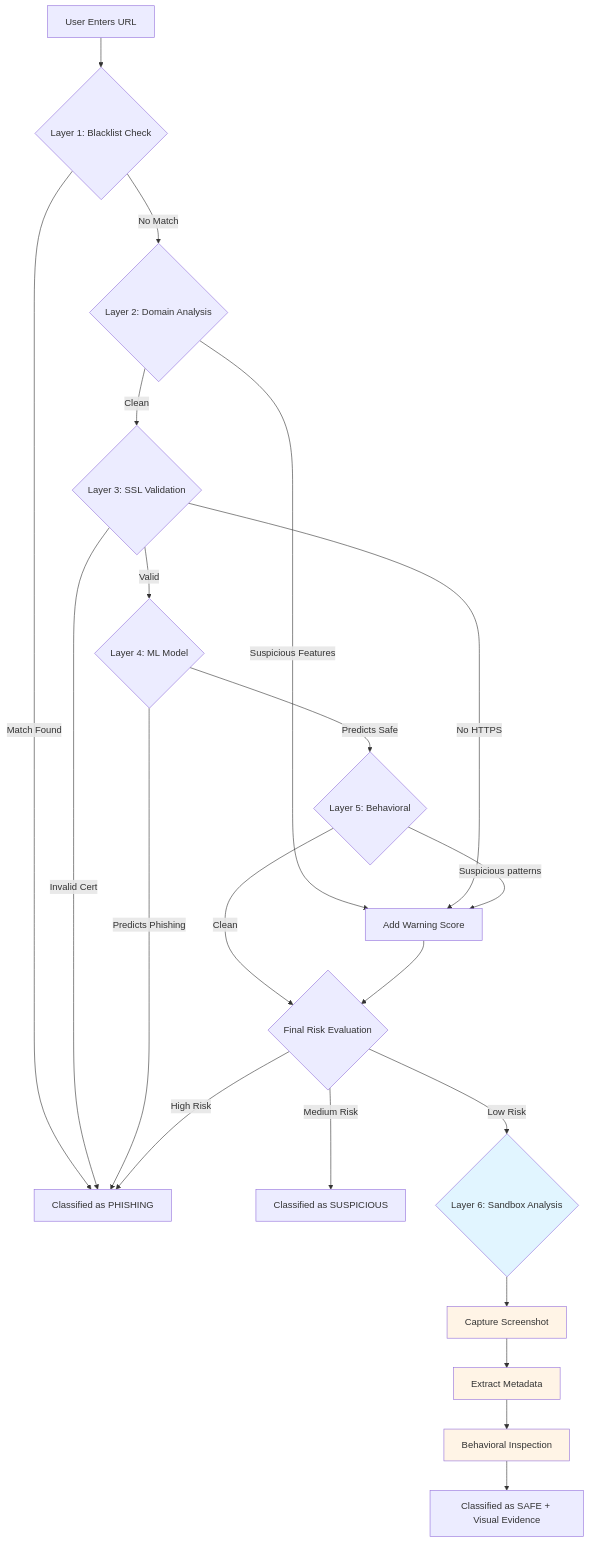
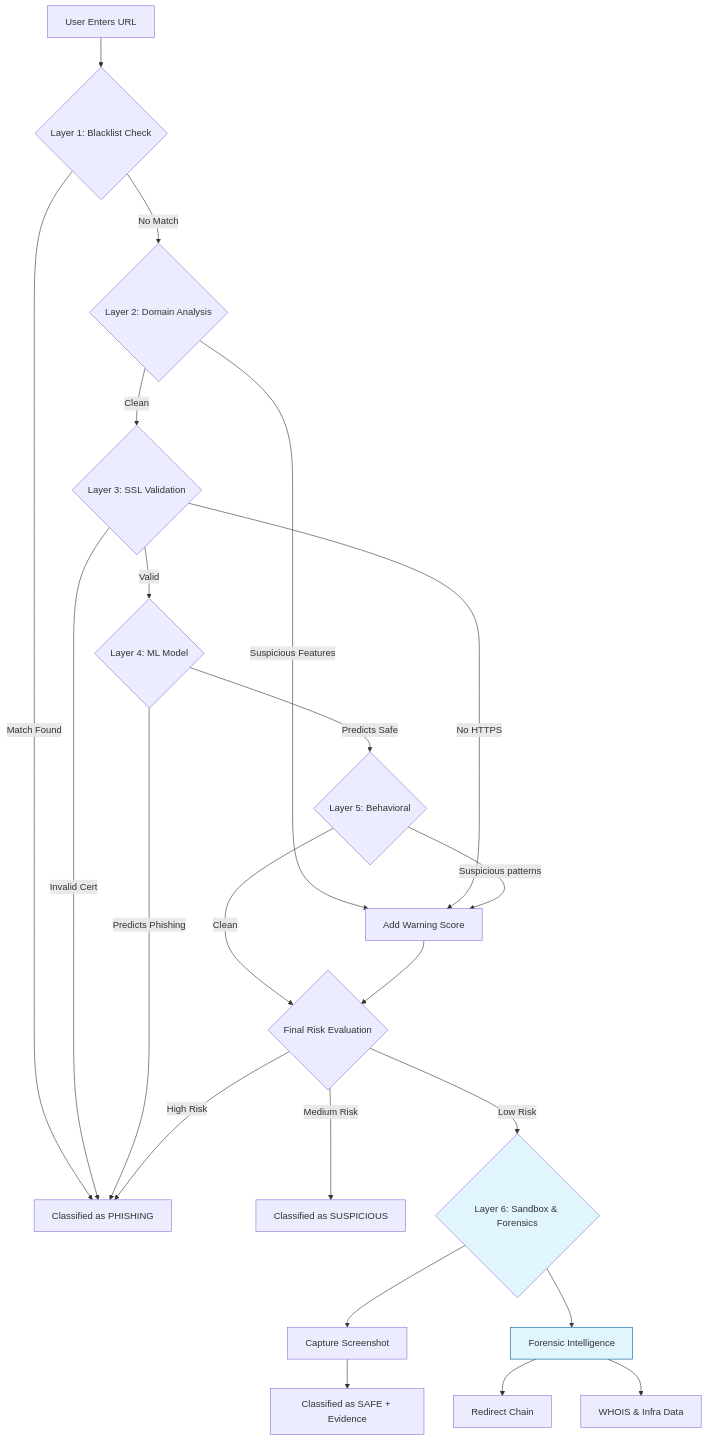
Before and after one commit to Vaibhav01-bit/PhishDetector: the diagram in README.md, drawn with Mermaid. The commit also changed other lines of this file, not shown here.

````diff
--- a/README.md
+++ b/README.md
@@ -10,34 +21,33 @@
 ```mermaid
 graph TD
     Input[User Enters URL] --> L1{Layer 1: Blacklist Check}
     L1 -- Match Found --> Phishing[Classified as PHISHING]
     L1 -- No Match --> L2{Layer 2: Domain Analysis}
     L2 -- Suspicious Features --> Warning[Add Warning Score]
     L2 -- Clean --> L3{Layer 3: SSL Validation}
     
     L3 -- Invalid Cert --> Phishing
     L3 -- No HTTPS --> Warning
     L3 -- Valid --> L4
     
     L4{Layer 4: ML Model}
     L4 -- Predicts Phishing --> Phishing
     L4 -- Predicts Safe --> L5{Layer 5: Behavioral}
     
     L5 -- Suspicious patterns --> Warning
     L5 -- Clean --> FinalEvaluator
     
     Warning --> FinalEvaluator{Final Risk Evaluation}
     FinalEvaluator -- High Risk --> Phishing
     FinalEvaluator -- Medium Risk --> Suspicious[Classified as SUSPICIOUS]
-    FinalEvaluator -- Low Risk --> L6{Layer 6: Sandbox Analysis}
+    FinalEvaluator -- Low Risk --> L6{Layer 6: Sandbox & Forensics}
     
     L6 --> Screenshot[Capture Screenshot]
-    Screenshot --> Metadata[Extract Metadata]
-    Metadata --> Behavioral[Behavioral Inspection]
-    Behavioral --> Safe[Classified as SAFE + Visual Evidence]
+    L6 --> Forensics[Forensic Intelligence]
+    Forensics --> Redirects[Redirect Chain]
+    Forensics --> Whois[WHOIS & Infra Data]
+    Screenshot --> Safe[Classified as SAFE + Evidence]
     
     style L6 fill:#e1f5ff
-    style Screenshot fill:#fff4e6
-    style Metadata fill:#fff4e6
-    style Behavioral fill:#fff4e6
+    style Forensics fill:#e1f5ff,stroke:#005c99
 ```
````
